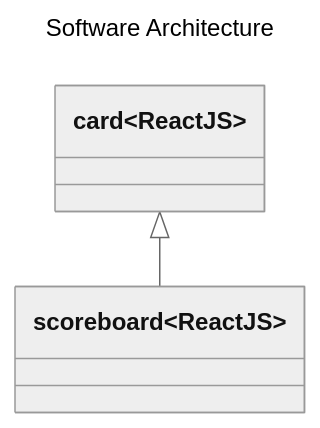
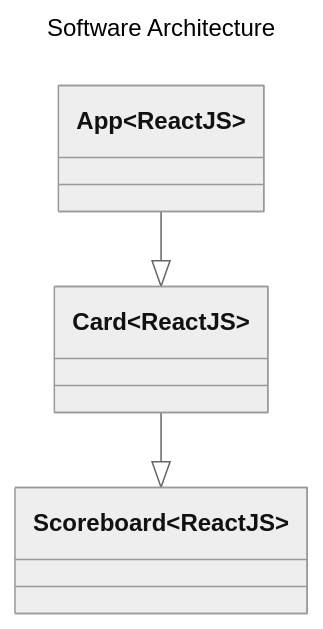
Before and after one commit to michael-chung-mc/practice__react__jest: the second of 3 diagrams in README.md, drawn with Mermaid (neutral theme). The commit also changed 2 other files, not shown here.

Commit message:
SET README

````diff
--- a/README.md
+++ b/README.md
@@ -51,12 +56,14 @@
 ```mermaid
 ---
 title: Software Architecture
 ---
 classDiagram
-    class card~ReactJS~{
+    class App~ReactJS~{
     }
-    class scoreboard~ReactJS~{
-
+    class Card~ReactJS~{
     }
-    card <|-- scoreboard
+    class Scoreboard~ReactJS~{
+    }
+    App --|> Card
+    Card --|> Scoreboard
 ```
````
